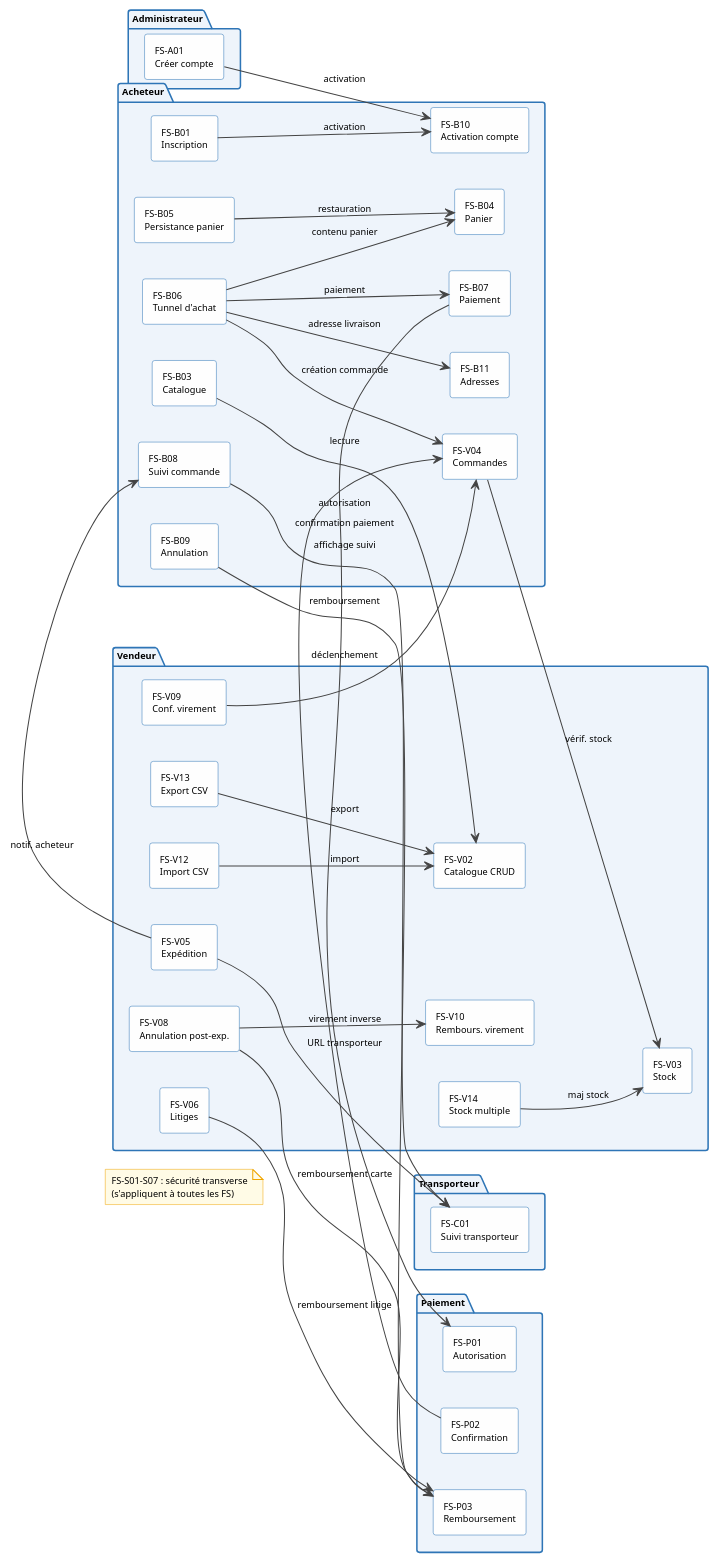
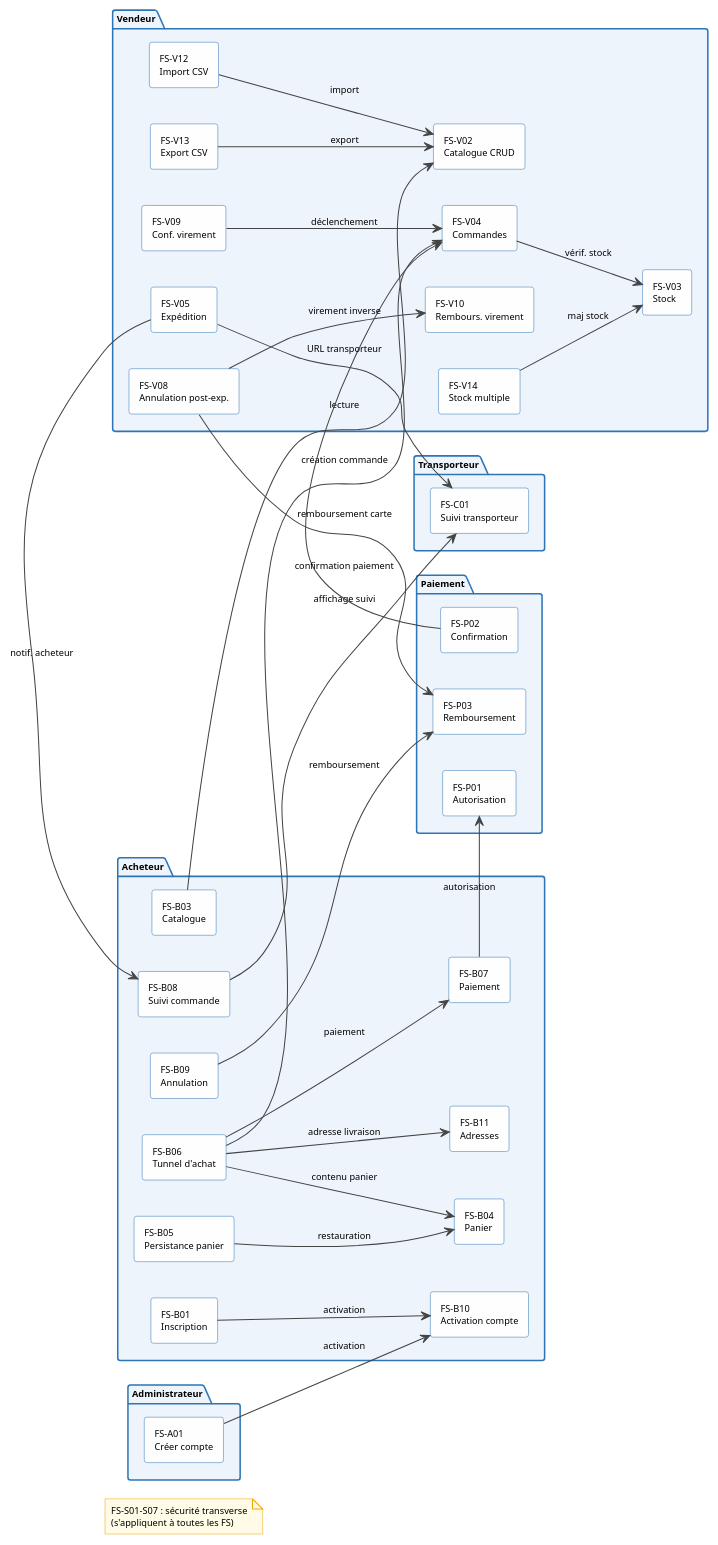
One commit to louistalvande/online_shop changed the second of 6 diagrams in architecture/02-system-analysis/sa.adoc. Above: the diagram before and after it, drawn with PlantUML. The commit also changed other lines of this file and 4 other files, not shown here.

```diff
--- a/architecture/02-system-analysis/sa.adoc
+++ b/architecture/02-system-analysis/sa.adoc
@@ -358,81 +357,79 @@
 [plantuml, sa-fs-relations, svg]
 ----
 skinparam componentStyle rectangle
 skinparam defaultFontSize 9
 skinparam shadowing false
 skinparam ArrowColor #444444
 skinparam componentBackgroundColor #FEFEFE
 skinparam componentBorderColor #2E75B6
 skinparam packageBackgroundColor #EEF4FB
 skinparam packageBorderColor #2E75B6
 skinparam noteBackgroundColor #FFFBE6
 skinparam noteBorderColor #F0A500
 
 left to right direction
 
 package "Administrateur" {
   [FS-A01\nCréer compte] as FSA01
 }
 
 package "Acheteur" {
   [FS-B01\nInscription] as FSB01
   [FS-B10\nActivation compte] as FSB10
   [FS-B03\nCatalogue] as FSB03
   [FS-B04\nPanier] as FSB04
   [FS-B05\nPersistance panier] as FSB05
   [FS-B11\nAdresses] as FSB11
   [FS-B06\nTunnel d'achat] as FSB06
   [FS-B07\nPaiement] as FSB07
   [FS-B08\nSuivi commande] as FSB08
   [FS-B09\nAnnulation] as FSB09
 }
 
 package "Vendeur" {
   [FS-V02\nCatalogue CRUD] as FSV02
   [FS-V03\nStock] as FSV03
   [FS-V04\nCommandes] as FSV04
   [FS-V05\nExpédition] as FSV05
-  [FS-V06\nLitiges] as FSV06
   [FS-V08\nAnnulation post-exp.] as FSV08
   [FS-V09\nConf. virement] as FSV09
   [FS-V10\nRembours. virement] as FSV10
   [FS-V12\nImport CSV] as FSV12
   [FS-V13\nExport CSV] as FSV13
   [FS-V14\nStock multiple] as FSV14
 }
 
 package "Paiement" {
   [FS-P01\nAutorisation] as FSP01
   [FS-P02\nConfirmation] as FSP02
   [FS-P03\nRemboursement] as FSP03
 }
 
 package "Transporteur" {
   [FS-C01\nSuivi transporteur] as FSC01
 }
 
 note "FS-S01–S07 : sécurité transverse\n(s'appliquent à toutes les FS)" as NoteS
 
 FSA01 --> FSB10 : activation
 FSB01 --> FSB10 : activation
 FSB03 --> FSV02 : lecture
 FSB05 --> FSB04 : restauration
 FSB06 --> FSB04 : contenu panier
 FSB06 --> FSB11 : adresse livraison
 FSB06 --> FSB07 : paiement
 FSB06 --> FSV04 : création commande
 FSB07 --> FSP01 : autorisation
 FSB08 --> FSC01 : affichage suivi
 FSB09 --> FSP03 : remboursement
 FSP02 --> FSV04 : confirmation paiement
 FSV04 --> FSV03 : vérif. stock
 FSV05 --> FSC01 : URL transporteur
 FSV05 --> FSB08 : notif. acheteur
-FSV06 --> FSP03 : remboursement litige
 FSV08 --> FSP03 : remboursement carte
 FSV08 --> FSV10 : virement inverse
 FSV09 --> FSV04 : déclenchement
 FSV12 --> FSV02 : import
 FSV13 --> FSV02 : export
 FSV14 --> FSV03 : maj stock
 ----
```
